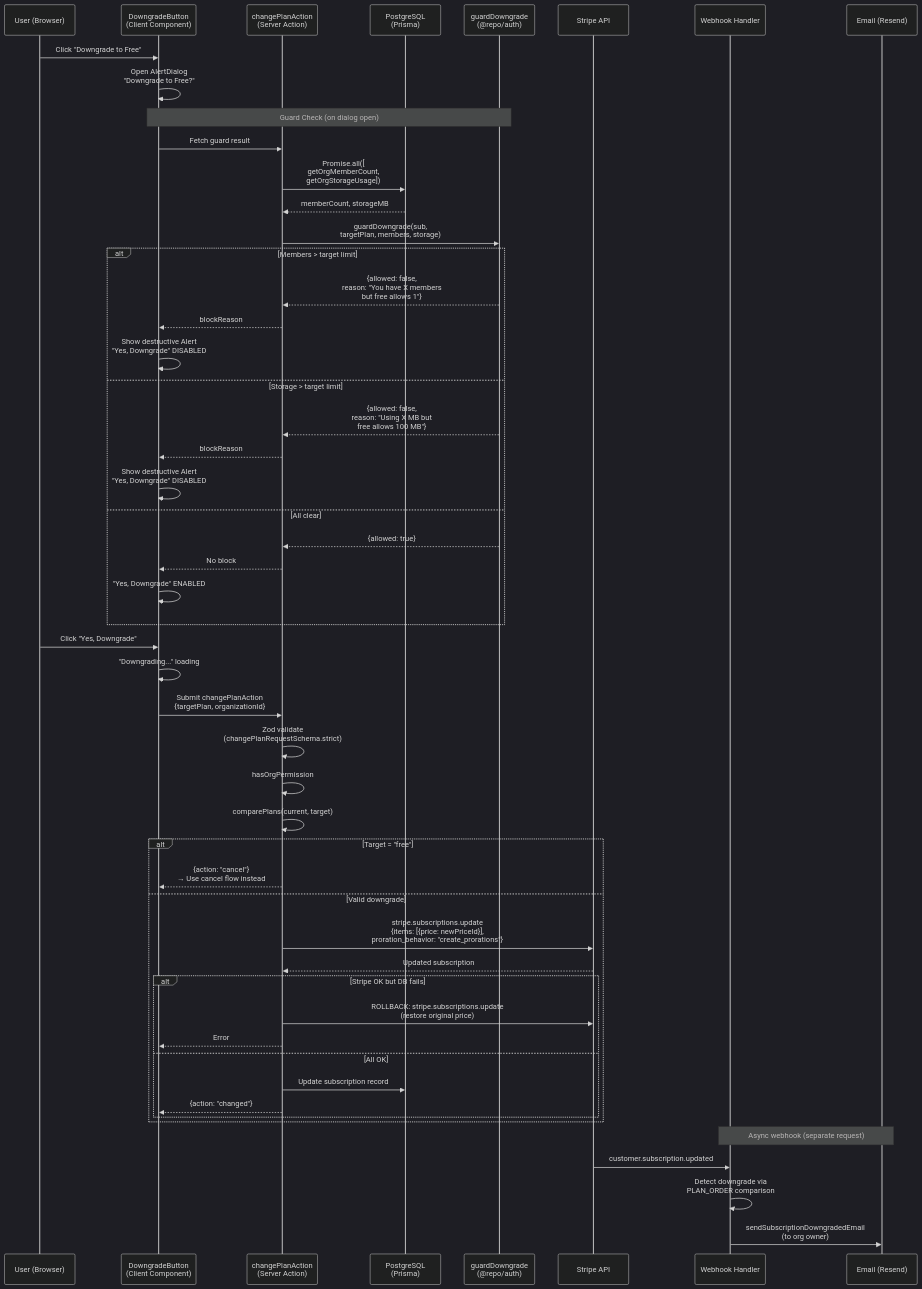
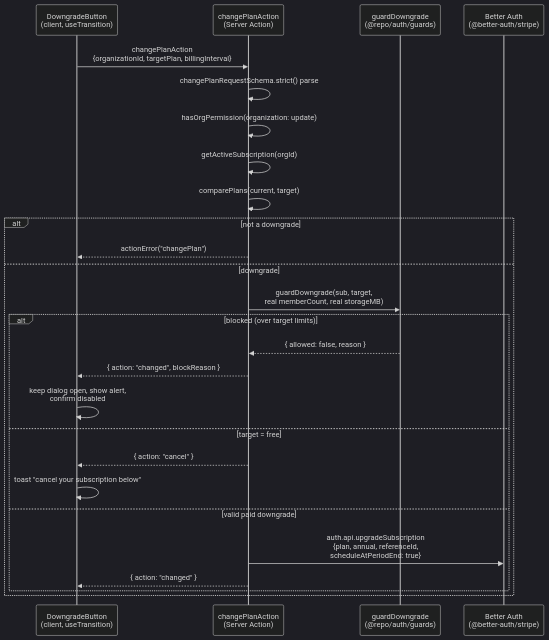
One commit to saasprokit-com/saasprokit changed the fourth of 6 diagrams in apps/web/e2e/payment/manual-test-cases.md. Above: the diagram before and after it, drawn with Mermaid (dark theme). The commit also changed other lines of this file and 1 other file, not shown here.

First line of the commit message:
docs(billing): refresh billing skill and payment e2e test-case notes

````diff
--- a/apps/web/e2e/payment/manual-test-cases.md
+++ b/apps/web/e2e/payment/manual-test-cases.md
@@ -219,62 +159,29 @@
 ```mermaid
 sequenceDiagram
-    participant U as User (Browser)
-    participant DB as DowngradeButton<br/>(Client Component)
+    participant DB as DowngradeButton<br/>(client, useTransition)
     participant SA as changePlanAction<br/>(Server Action)
-    participant PG as PostgreSQL<br/>(Prisma)
-    participant G as guardDowngrade<br/>(@repo/auth)
-    participant S as Stripe API
-    participant WH as Webhook Handler
-    participant E as Email (Resend)
+    participant G as guardDowngrade<br/>(@repo/auth/guards)
+    participant BA as Better Auth<br/>(@better-auth/stripe)
 
-    U->>DB: Click "Downgrade to Free"
-    DB->>DB: Open AlertDialog<br/>"Downgrade to Free?"
-
-    Note over DB,G: Guard Check (on dialog open)
-    DB->>SA: Fetch guard result
-    SA->>PG: Promise.all([<br/>getOrgMemberCount,<br/>getOrgStorageUsage])
-    PG-->>SA: memberCount, storageMB
-    SA->>G: guardDowngrade(sub,<br/>targetPlan, members, storage)
-
-    alt Members > target limit
-        G-->>SA: {allowed: false,<br/>reason: "You have X members<br/>but free allows 1"}
-        SA-->>DB: blockReason
-        DB->>DB: Show destructive Alert<br/>"Yes, Downgrade" DISABLED
-    else Storage > target limit
-        G-->>SA: {allowed: false,<br/>reason: "Using X MB but<br/>free allows 100 MB"}
-        SA-->>DB: blockReason
-        DB->>DB: Show destructive Alert<br/>"Yes, Downgrade" DISABLED
-    else All clear
-        G-->>SA: {allowed: true}
-        SA-->>DB: No block
-        DB->>DB: "Yes, Downgrade" ENABLED
-    end
-
-    U->>DB: Click "Yes, Downgrade"
-    DB->>DB: "Downgrading..." loading
-
-    DB->>SA: Submit changePlanAction<br/>{targetPlan, organizationId}
-    SA->>SA: Zod validate<br/>(changePlanRequestSchema.strict)
-    SA->>SA: hasOrgPermission
+    DB->>SA: changePlanAction<br/>{organizationId, targetPlan, billingInterval}
+    SA->>SA: changePlanRequestSchema.strict() parse
+    SA->>SA: hasOrgPermission(organization: update)
+    SA->>SA: getActiveSubscription(orgId)
     SA->>SA: comparePlans(current, target)
-
-    alt Target = "free"
-        SA-->>DB: {action: "cancel"}<br/>→ Use cancel flow instead
-    else Valid downgrade
-        SA->>S: stripe.subscriptions.update<br/>{items: [{price: newPriceId}],<br/>proration_behavior: "create_prorations"}
-        S-->>SA: Updated subscription
-
-        alt Stripe OK but DB fails
-            SA->>S: ROLLBACK: stripe.subscriptions.update<br/>(restore original price)
-            SA-->>DB: Error
-        else All OK
-            SA->>PG: Update subscription record
-            SA-->>DB: {action: "changed"}
+    alt not a downgrade
+        SA-->>DB: actionError("changePlan")
+    else downgrade
+        SA->>G: guardDowngrade(sub, target,<br/>real memberCount, real storageMB)
+        alt blocked (over target limits)
+            G-->>SA: { allowed: false, reason }
+            SA-->>DB: { action: "changed", blockReason }
+            DB->>DB: keep dialog open, show alert,<br/>confirm disabled
+        else target = free
+            SA-->>DB: { action: "cancel" }
+            DB->>DB: toast "cancel your subscription below"
+        else valid paid downgrade
+            SA->>BA: auth.api.upgradeSubscription<br/>{plan, annual, referenceId,<br/>scheduleAtPeriodEnd: true}
+            SA-->>DB: { action: "changed" }
         end
     end
-
-    Note over WH,E: Async webhook (separate request)
-    S->>WH: customer.subscription.updated
-    WH->>WH: Detect downgrade via<br/>PLAN_ORDER comparison
-    WH->>E: sendSubscriptionDowngradedEmail<br/>(to org owner)
 ```
````
